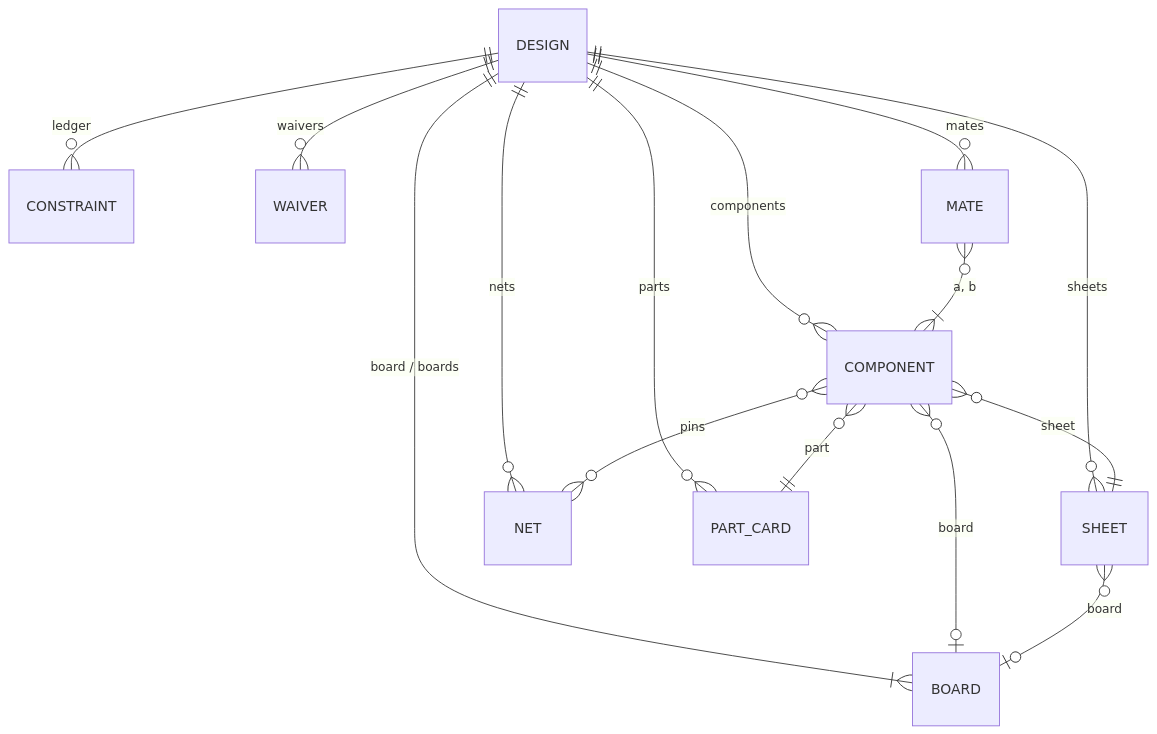
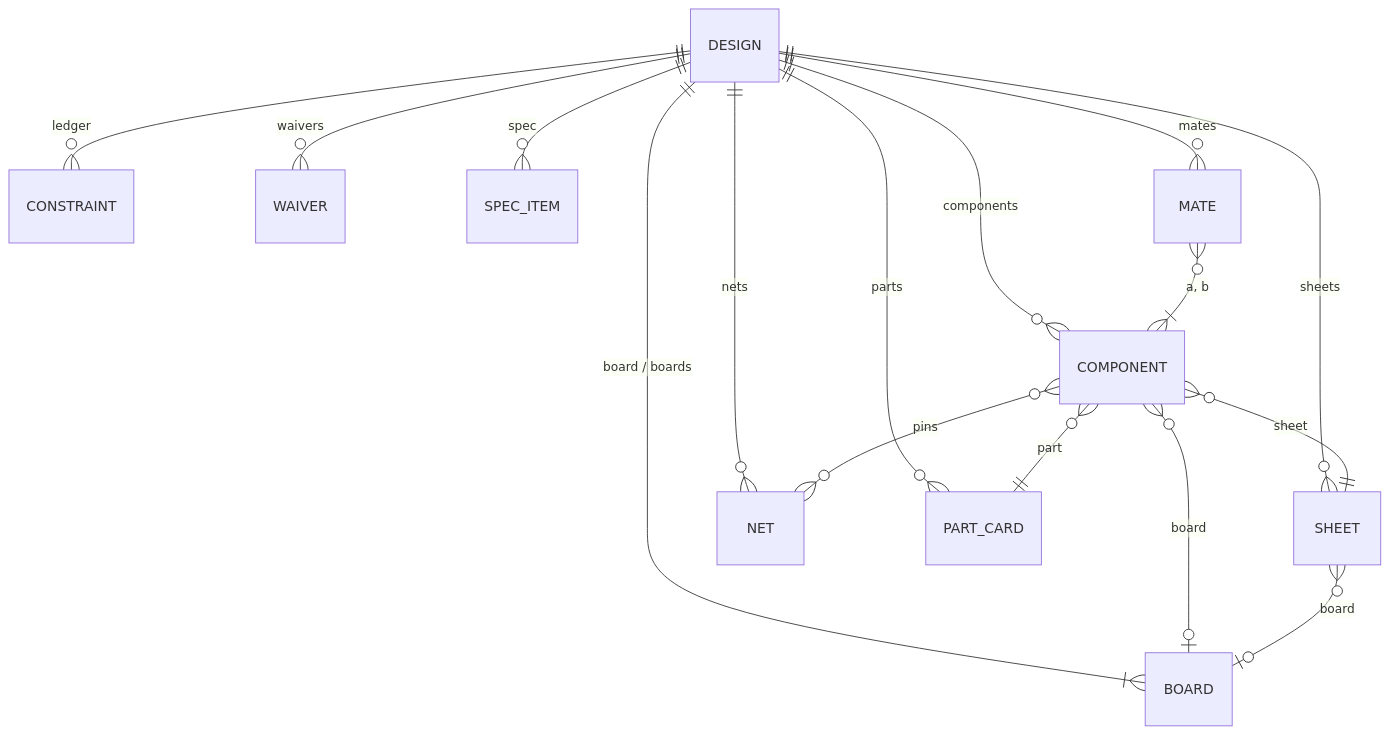
The diagram in docs/design/data-model.md (hoihu/4k7), drawn with Mermaid before and after one commit. The commit also changed other lines of this file and 18 other files, not shown here.

````diff
--- a/docs/design/data-model.md
+++ b/docs/design/data-model.md
@@ -23,17 +23,18 @@
 ```mermaid
 erDiagram
   DESIGN ||--o{ SHEET : sheets
   DESIGN ||--o{ COMPONENT : components
   DESIGN ||--o{ NET : nets
   DESIGN ||--o{ PART_CARD : parts
   DESIGN ||--o{ CONSTRAINT : ledger
   DESIGN ||--o{ WAIVER : waivers
+  DESIGN ||--o{ SPEC_ITEM : spec
   DESIGN ||--|{ BOARD : "board / boards"
   DESIGN ||--o{ MATE : mates
   COMPONENT }o--|| PART_CARD : part
   COMPONENT }o--|| SHEET : sheet
   COMPONENT }o--o| BOARD : board
   SHEET }o--o| BOARD : board
   COMPONENT }o--o{ NET : "pins"
   MATE }o--|{ COMPONENT : "a, b"
 ```
````
